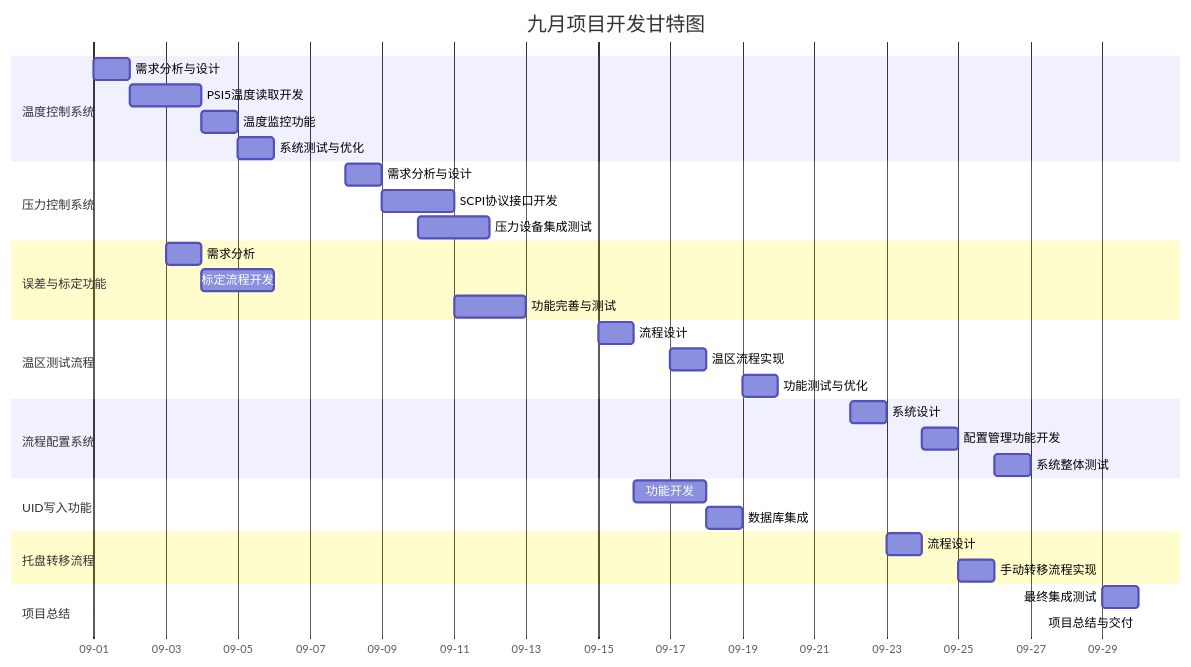
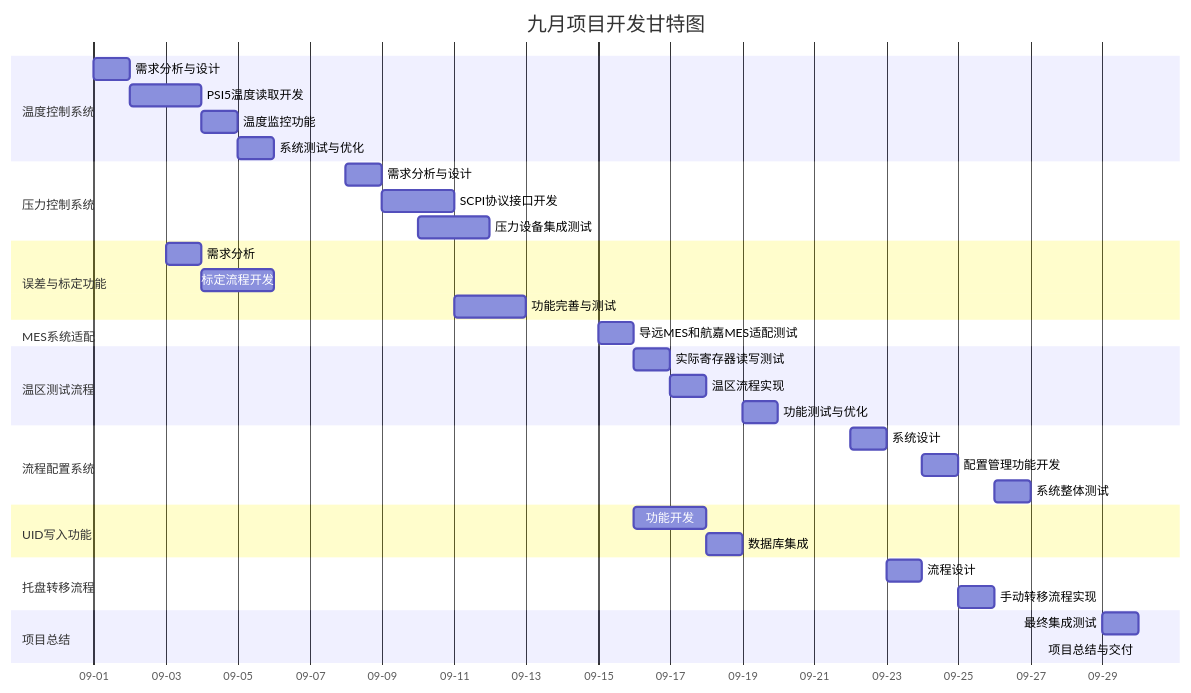
The diagram in docs/development/progress/septemberMind.md (onecoin9/Constantine-projects), drawn with Mermaid before and after one commit. The commit also changed other lines of this file, not shown here.

````diff
--- a/docs/development/progress/septemberMind.md
+++ b/docs/development/progress/septemberMind.md
@@ -142,44 +194,47 @@
 ```mermaid
 gantt
     title 九月项目开发甘特图
     dateFormat  MM-DD
     axisFormat  %m-%d
   
     section 温度控制系统
     需求分析与设计        :temp1, 09-01, 09-02
     PSI5温度读取开发      :temp2, 09-02, 09-04
     温度监控功能          :temp3, 09-04, 09-05
     系统测试与优化        :temp4, 09-05, 09-06
   
     section 压力控制系统
     需求分析与设计        :press1, 09-08, 09-09
     SCPI协议接口开发      :press2, 09-09, 09-11
     压力设备集成测试      :press3, 09-10, 09-12
   
     section 误差与标定功能
     需求分析             :cali1, 09-03, 09-04
     标定流程开发         :cali2, 09-04, 09-06
     功能完善与测试       :cali3, 09-11, 09-13
   
+    section MES系统适配
+    导远MES和航嘉MES适配测试    :mes1, 09-15, 09-16
+  
     section 温区测试流程
-    流程设计             :zone1, 09-15, 09-16
+    实际寄存器读写测试    :zone1, 09-16, 09-17
     温区流程实现         :zone2, 09-17, 09-18
     功能测试与优化       :zone3, 09-19, 09-20
   
     section 流程配置系统
     系统设计             :config1, 09-22, 09-23
     配置管理功能开发     :config2, 09-24, 09-25
     系统整体测试         :config3, 09-26, 09-27
   
     section UID写入功能
     功能开发             :uid1, 09-16, 09-18
     数据库集成           :uid2, 09-18, 09-19
   
     section 托盘转移流程
     流程设计             :tray1, 09-23, 09-24
     手动转移流程实现     :tray2, 09-25, 09-26
   
     section 项目总结
     最终集成测试         :final1, 09-29, 09-30
     项目总结与交付       :final2, 09-30, 09-30
 ```
````
